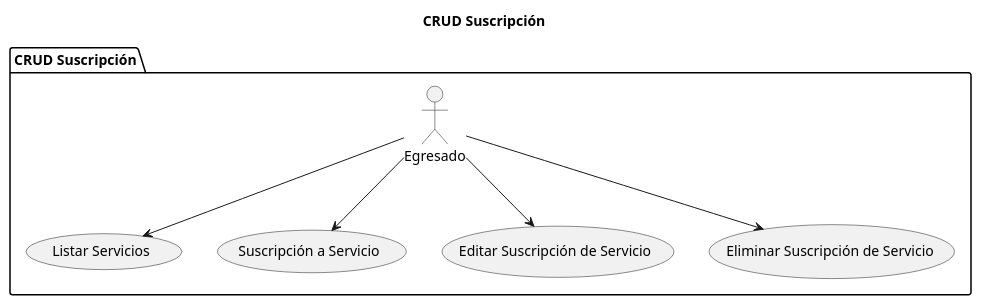
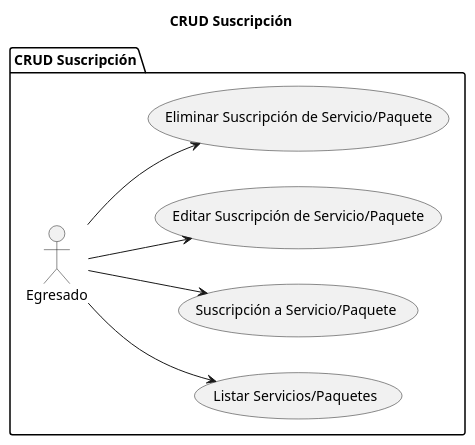
One commit to mmasias/23-24-IdSw1-SDR changed the diagram in Caso_de_Uso/Casos_de_Uso/Egresado/CRUD_Suscripción/Casos_de_Uso.puml. Above: the diagram before and after it, drawn with PlantUML. The commit also changed 9 other files, not shown here.

Commit message:
Remove unused files and update use case diagrams

```diff
--- a/Caso_de_Uso/Casos_de_Uso/Egresado/CRUD_Suscripción/Casos_de_Uso.puml
+++ b/Caso_de_Uso/Casos_de_Uso/Egresado/CRUD_Suscripción/Casos_de_Uso.puml
@@ -1,16 +1,15 @@
 @startuml CRUD_Suscription
+left to right direction
 
 title CRUD Suscripción
 
 folder "CRUD Suscripción" {
-
     actor Egresado
 
-    Egresado --> (Listar Servicios)
-    Egresado --> (Suscripción a Servicio)
-    Egresado --> (Editar Suscripción de Servicio)
-    Egresado --> (Eliminar Suscripción de Servicio)
-
+    Egresado --> (Listar Servicios/Paquetes)
+    Egresado --> (Suscripción a Servicio/Paquete)
+    Egresado --> (Editar Suscripción de Servicio/Paquete)
+    Egresado --> (Eliminar Suscripción de Servicio/Paquete)
 }
 
 @enduml
```
